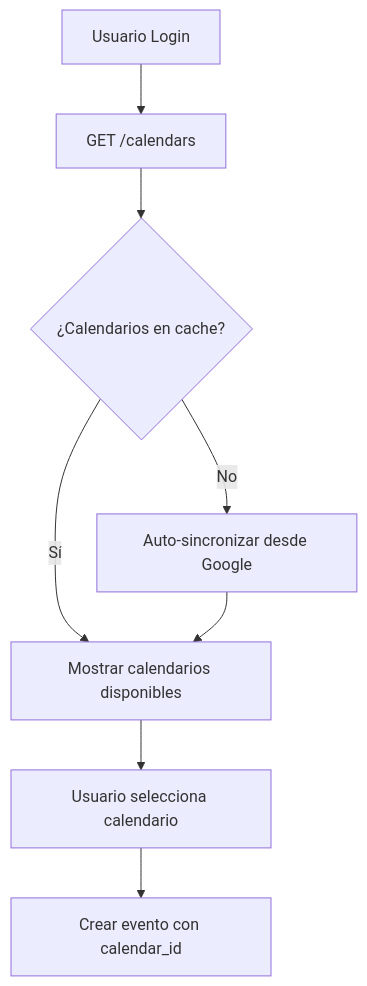
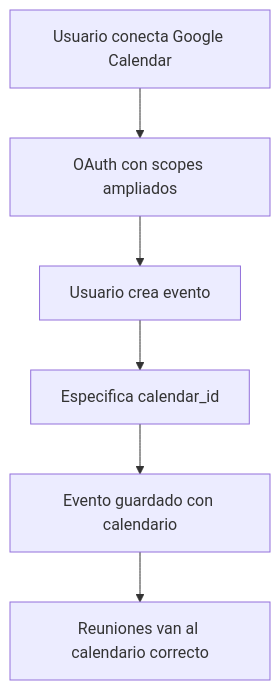
Before and after one commit to gbandala/cal-backend-v2: the first of 3 diagrams in README.md, drawn with Mermaid. The commit also changed other lines of this file and 1 other file, not shown here.

````diff
--- a/README.md
+++ b/README.md
@@ -238,10 +208,8 @@
 ```mermaid
 graph TD
-    A[Usuario Login] --> B[GET /calendars]
-    B --> C{¿Calendarios en cache?}
-    C -->|No| D[Auto-sincronizar desde Google]
-    C -->|Sí| E[Mostrar calendarios disponibles]
-    D --> E
-    E --> F[Usuario selecciona calendario]
-    F --> G[Crear evento con calendar_id]
+    A[Usuario conecta Google Calendar] --> B[OAuth con scopes ampliados]
+    B --> C[Usuario crea evento]
+    C --> D[Especifica calendar_id]
+    D --> E[Evento guardado con calendario]
+    E --> F[Reuniones van al calendario correcto]
 ```
````
